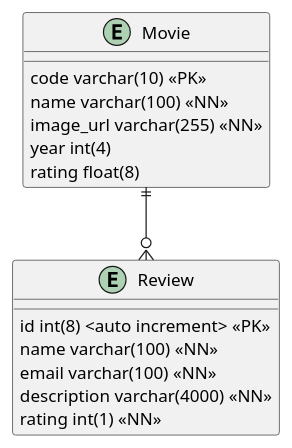
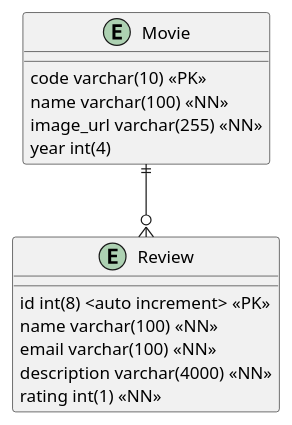
One commit to JuliSantacruz/coltis-Movieapp-Flask changed the diagram in doc/modelo_datos.puml. Above: the diagram before and after it, drawn with PlantUML. The commit also changed 1 other file, not shown here.

```diff
--- a/doc/modelo_datos.puml
+++ b/doc/modelo_datos.puml
@@ -1,21 +1,20 @@
 @startuml "Modelo Entidad Relacion"
 
 Entity Movie{
     code varchar(10) <<PK>>
     name varchar(100) <<NN>>
     image_url varchar(255) <<NN>>
     year int(4)
-    rating float(8)
 }
 
 Entity Review{
     id int(8) <auto increment> <<PK>>
     name varchar(100) <<NN>>
     email varchar(100) <<NN>>
     description varchar(4000) <<NN>>
     rating int(1) <<NN>>
 }
 
 Movie ||--o{ Review
 
 @enduml
```
